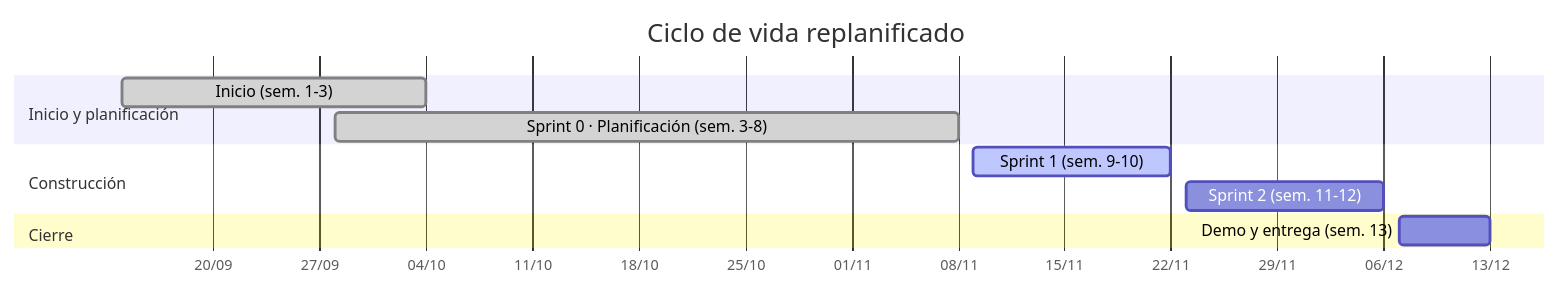
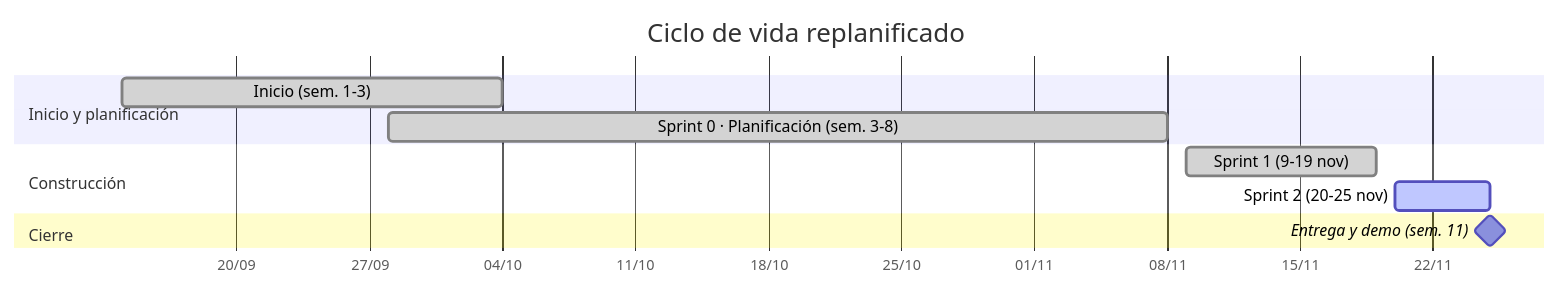
The diagram in docs/expediente/04-ciclo-de-vida-y-primer-sprint.md (emilyzuniga049/Proyecto_Administracion_de_Proyectos_Informaticos), drawn with Mermaid before and after one commit. The commit also changed other lines of this file and 12 other files, not shown here.

````diff
--- a/docs/expediente/04-ciclo-de-vida-y-primer-sprint.md
+++ b/docs/expediente/04-ciclo-de-vida-y-primer-sprint.md
@@ -15,14 +15,14 @@
 ```mermaid
 gantt
     title Ciclo de vida replanificado
     dateFormat YYYY-MM-DD
     axisFormat %d/%m
     section Inicio y planificación
     Inicio (sem. 1-3)               :done, 2026-09-14, 2026-10-04
     Sprint 0 · Planificación (sem. 3-8) :done, 2026-09-28, 2026-11-08
     section Construcción
-    Sprint 1 (sem. 9-10)            :active, 2026-11-09, 2026-11-22
-    Sprint 2 (sem. 11-12)           :2026-11-23, 2026-12-06
+    Sprint 1 (9-19 nov)             :done, 2026-11-09, 2026-11-19
+    Sprint 2 (20-25 nov)            :active, 2026-11-20, 2026-11-25
     section Cierre
-    Demo y entrega (sem. 13)        :2026-12-07, 2026-12-13
+    Entrega y demo (sem. 11)        :milestone, 2026-11-25, 0d
 ```
````
